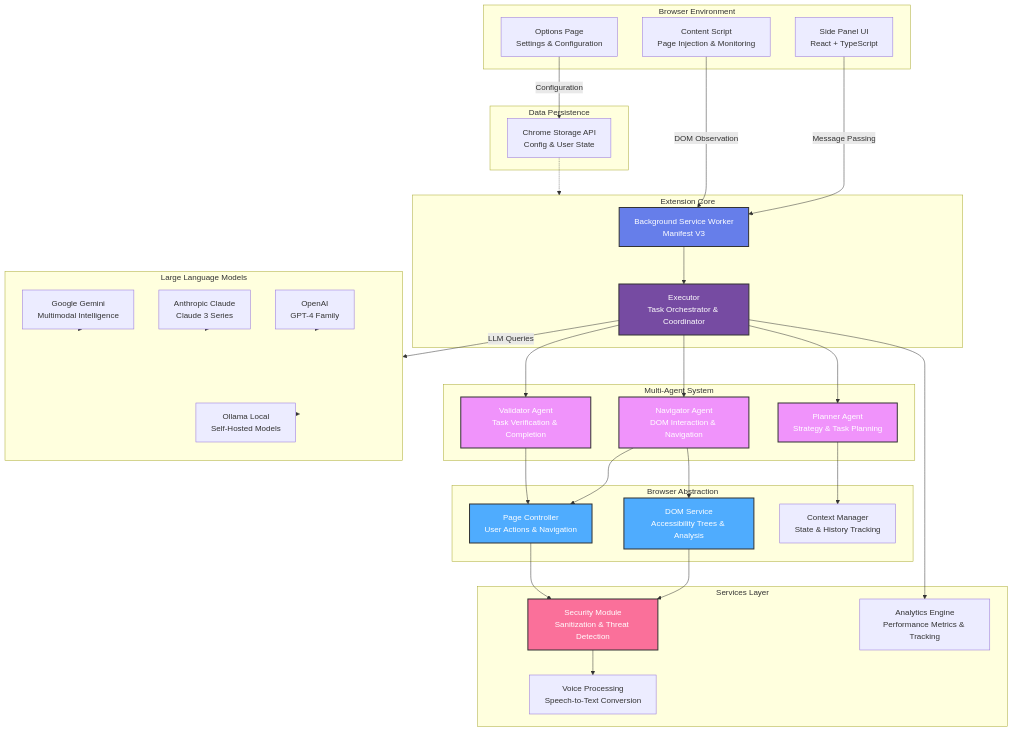
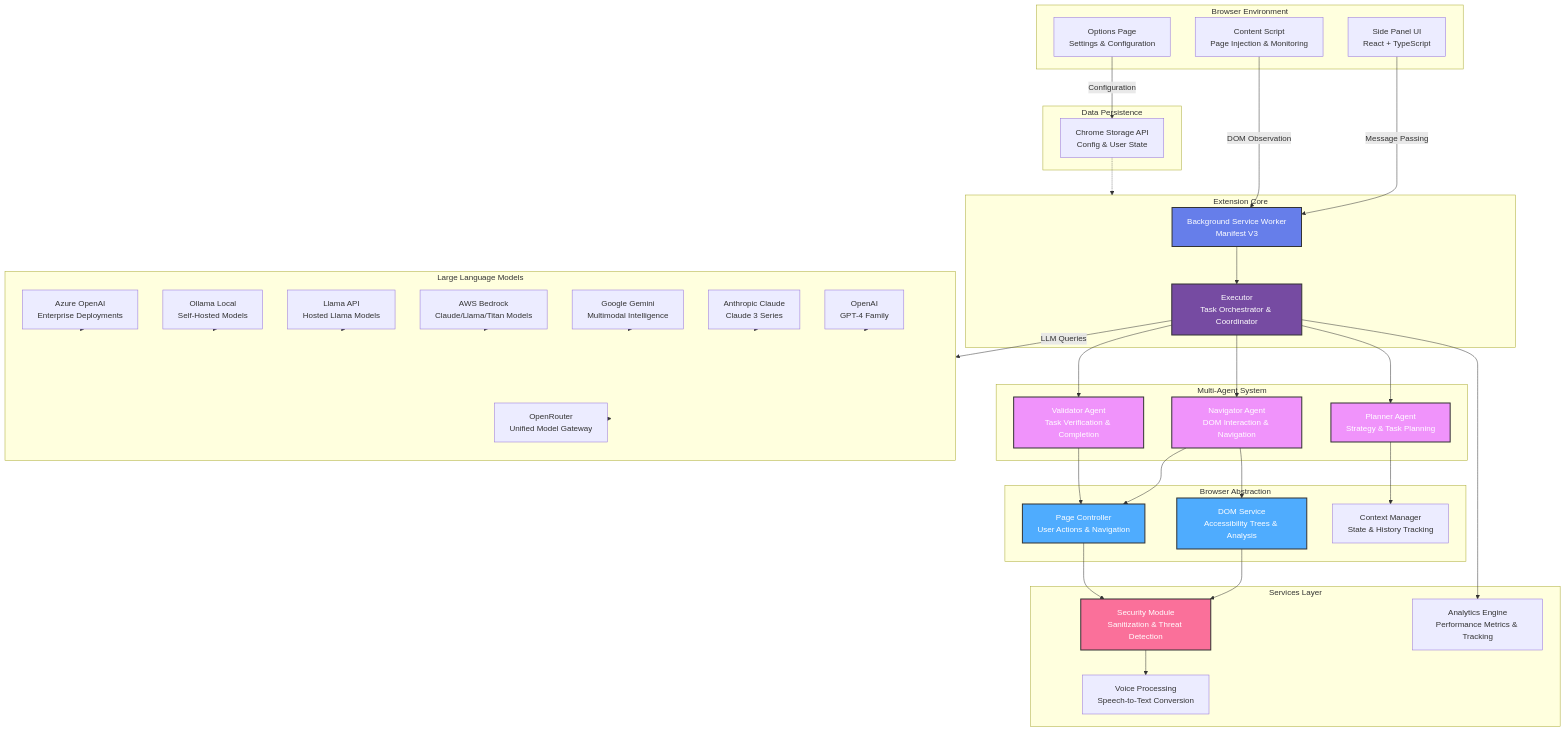
One commit to derpx06/webgenie changed the diagram in README.md. Above: the diagram before and after it, drawn with Mermaid. The commit also changed other lines of this file and 12 other files, not shown here.

Commit message:
adeed amazon aws support and bedrock as well

```diff
--- a/README.md
+++ b/README.md
@@ -92,7 +94,11 @@
         OPENAI["OpenAI<br/>GPT-4 Family"]
         CLAUDE["Anthropic Claude<br/>Claude 3 Series"]
         GEMINI["Google Gemini<br/>Multimodal Intelligence"]
+        BEDROCK["AWS Bedrock<br/>Claude/Llama/Titan Models"]
+        LLAMA["Llama API<br/>Hosted Llama Models"]
         OLLAMA["Ollama Local<br/>Self-Hosted Models"]
+        AZURE["Azure OpenAI<br/>Enterprise Deployments"]
+        OPENROUTER["OpenRouter<br/>Unified Model Gateway"]
     end
 
     subgraph Storage["Data Persistence"]
@@ -120,7 +126,11 @@
     OPENAI -.-> LLM
     CLAUDE -.-> LLM
     GEMINI -.-> LLM
+    BEDROCK -.-> LLM
+    LLAMA -.-> LLM
     OLLAMA -.-> LLM
+    AZURE -.-> LLM
+    OPENROUTER -.-> LLM
     
     SEC --> VOICE
     EX --> ANALYTICS
```
